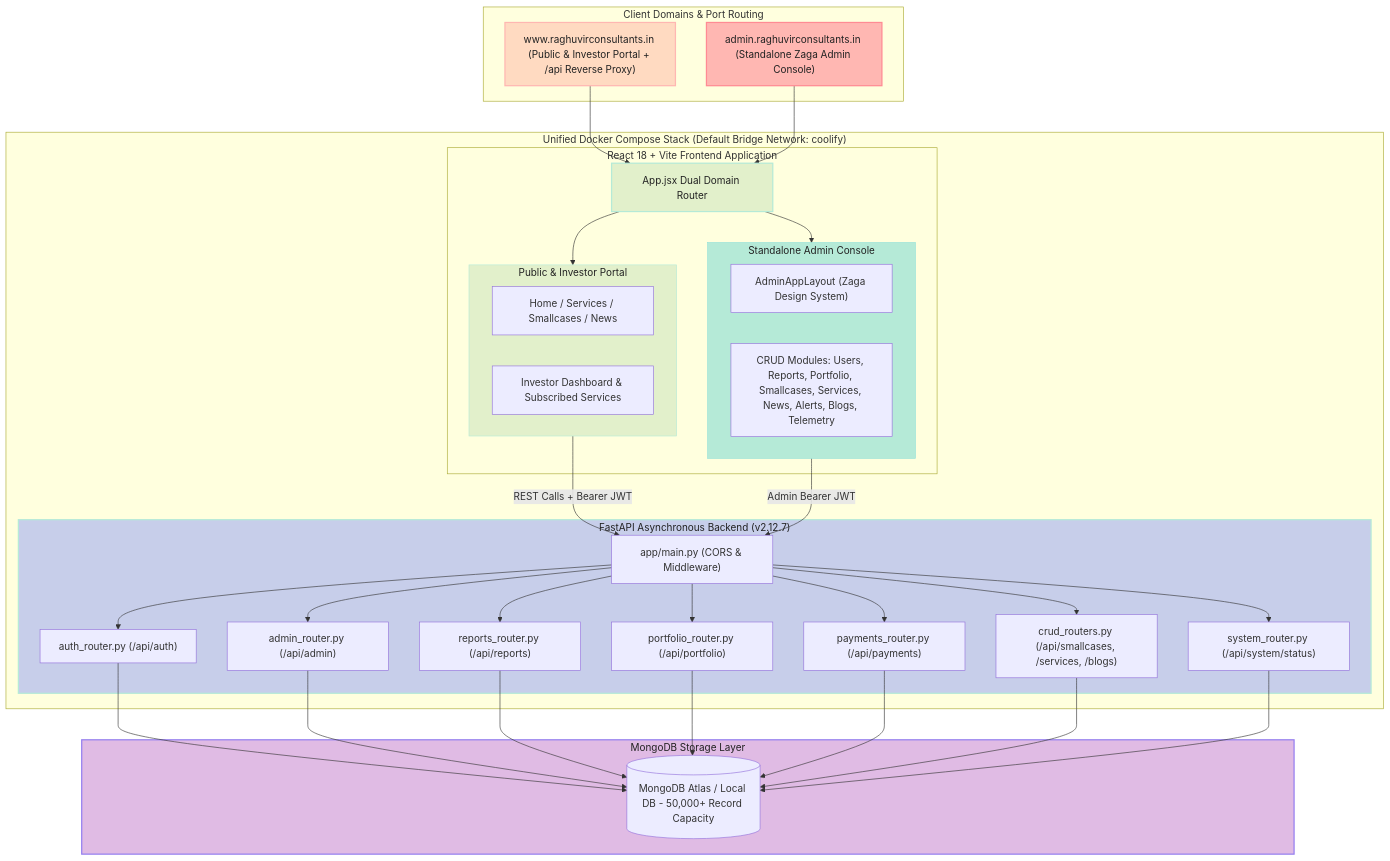
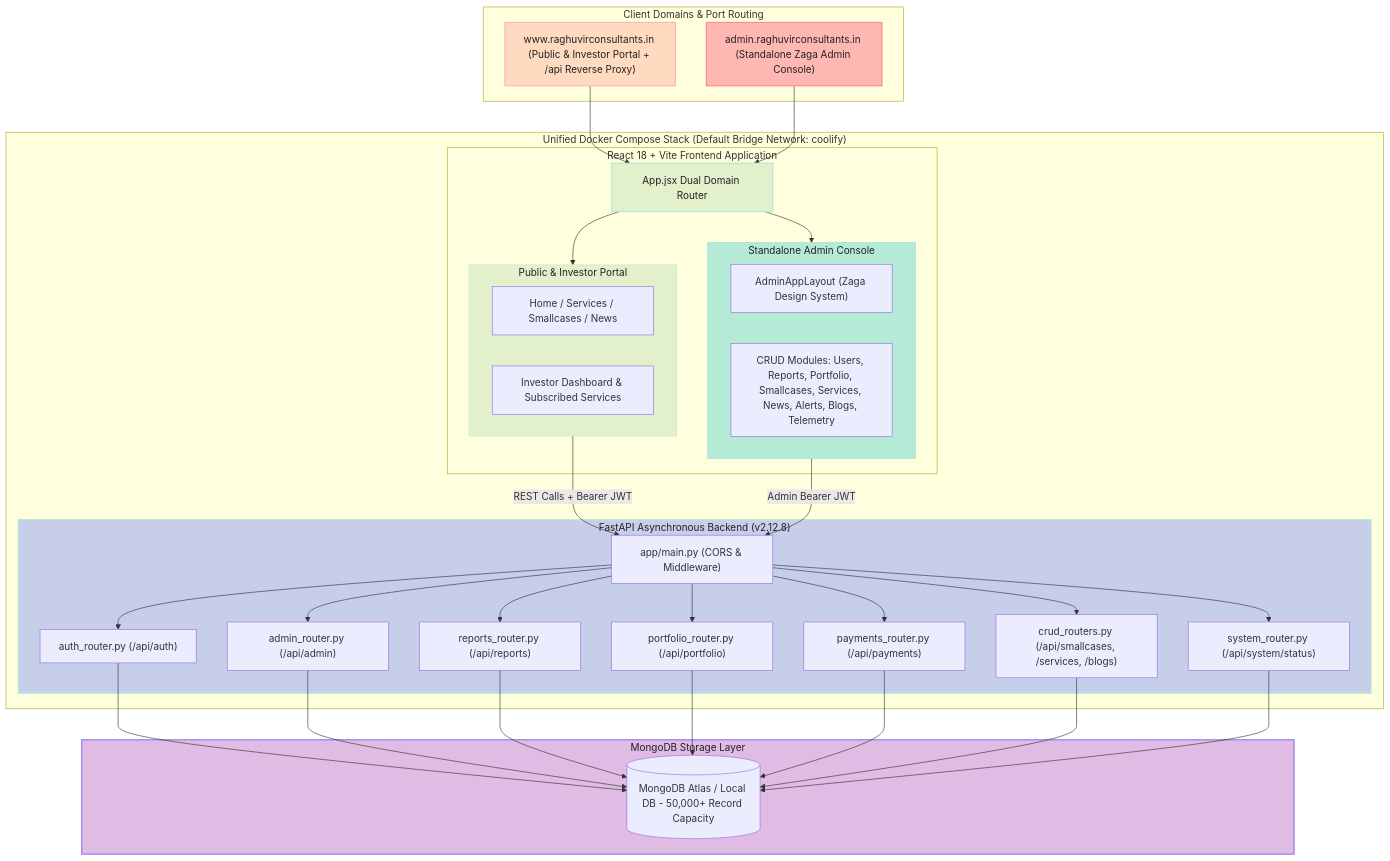
The first of 2 diagrams in backend/docs/ARCHITECTURE.md (tejasrsuthar/raghuvirconsultants-site), drawn with Mermaid before and after one commit. The commit also changed other lines of this file and 17 other files, not shown here.

````diff
--- a/backend/docs/ARCHITECTURE.md
+++ b/backend/docs/ARCHITECTURE.md
@@ -14,72 +14,72 @@
 ```mermaid
 graph TD
     subgraph ClientDomains["Client Domains & Port Routing"]
         PublicDomain["www.raghuvirconsultants.in (Public & Investor Portal + /api Reverse Proxy)"]
         AdminDomain["admin.raghuvirconsultants.in (Standalone Zaga Admin Console)"]
     end
 
     subgraph ComposeStack["Unified Docker Compose Stack (Default Bridge Network: coolify)"]
         subgraph ReactFrontend["React 18 + Vite Frontend Application"]
             AppRouter["App.jsx Dual Domain Router"]
             
             subgraph PublicPortal["Public & Investor Portal"]
               PublicViews["Home / Services / Smallcases / News"]
               InvestorPortal["Investor Dashboard & Subscribed Services"]
             end
 
             subgraph ZagaAdmin["Standalone Admin Console"]
               AdminLayout["AdminAppLayout (Zaga Design System)"]
               AdminModules["CRUD Modules: Users, Reports, Portfolio, Smallcases, Services, News, Alerts, Blogs, Telemetry"]
             end
         end
 
-        subgraph FastAPIServer["FastAPI Asynchronous Backend (v2.12.7)"]
+        subgraph FastAPIServer["FastAPI Asynchronous Backend (v2.12.8)"]
             API["app/main.py (CORS & Middleware)"]
             AuthRouter["auth_router.py (/api/auth)"]
             AdminRouter["admin_router.py (/api/admin)"]
             ReportsRouter["reports_router.py (/api/reports)"]
             PortfolioRouter["portfolio_router.py (/api/portfolio)"]
             PaymentsRouter["payments_router.py (/api/payments)"]
             CRUDRouters["crud_routers.py (/api/smallcases, /services, /blogs)"]
             SystemRouter["system_router.py (/api/system/status)"]
         end
     end
 
     subgraph DataStore["MongoDB Storage Layer"]
         MongoDB[(MongoDB Atlas / Local DB - 50,000+ Record Capacity)]
     end
 
     PublicDomain --> AppRouter
     AdminDomain --> AppRouter
 
     AppRouter --> PublicPortal
     AppRouter --> ZagaAdmin
 
     PublicPortal -->|REST Calls + Bearer JWT| API
     ZagaAdmin -->|Admin Bearer JWT| API
 
     API --> AuthRouter
     API --> AdminRouter
     API --> ReportsRouter
     API --> PortfolioRouter
     API --> PaymentsRouter
     API --> CRUDRouters
     API --> SystemRouter
 
     AuthRouter --> MongoDB
     AdminRouter --> MongoDB
     ReportsRouter --> MongoDB
     PortfolioRouter --> MongoDB
     PaymentsRouter --> MongoDB
     CRUDRouters --> MongoDB
     SystemRouter --> MongoDB
 
     %% Pastel Color Palette Styling
     style PublicDomain fill:#FFDAC1,stroke:#FFB7B2,stroke-width:2px,color:#222;
     style AdminDomain fill:#FFB7B2,stroke:#FF8B94,stroke-width:2px,color:#222;
     style AppRouter fill:#E2F0CB,stroke:#B5EAD7,stroke-width:2px,color:#222;
     style PublicPortal fill:#E2F0CB,stroke:#B5EAD7,stroke-width:1px,color:#222;
     style ZagaAdmin fill:#B5EAD7,stroke:#93E1D8,stroke-width:1px,color:#222;
     style FastAPIServer fill:#C7CEEA,stroke:#B5EAD7,stroke-width:2px,color:#222;
     style DataStore fill:#E0BBE4,stroke:#957FEF,stroke-width:2px,color:#222;
 ```
````
